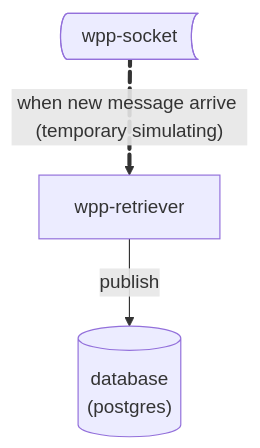
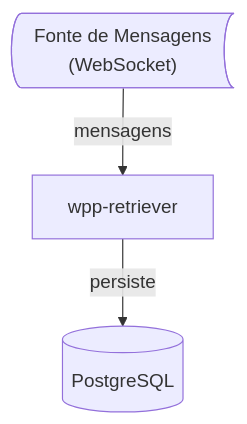
Before and after one commit to PersonalMessageCenter/.github: the first of 2 diagrams in profile/README.md, drawn with Mermaid. The commit also changed other lines of this file, not shown here.

````diff
--- a/profile/README.md
+++ b/profile/README.md
@@ -20,13 +21,9 @@
 ```mermaid
 flowchart TD
-    %% participants 
-    wpp@{ shape: bow-rect, label: "wpp-socket" }
+    source@{ shape: bow-rect, label: "Fonte de Mensagens<br/>(WebSocket)" }
     c["wpp-retriever"]
-    db@{shape: cyl, label: "database<br>(postgres)"}
+    db@{shape: cyl, label: "PostgreSQL"}
 
-    %% step 1 - communication between communicator and socket
-    wpp l1@==> |"when new message arrive (temporary simulating)"| c
-
-    l1@{ animate: true }
-    c --> |publish| db
+    source -->|"mensagens"| c
+    c --> |"persiste"| db
 ```
````
